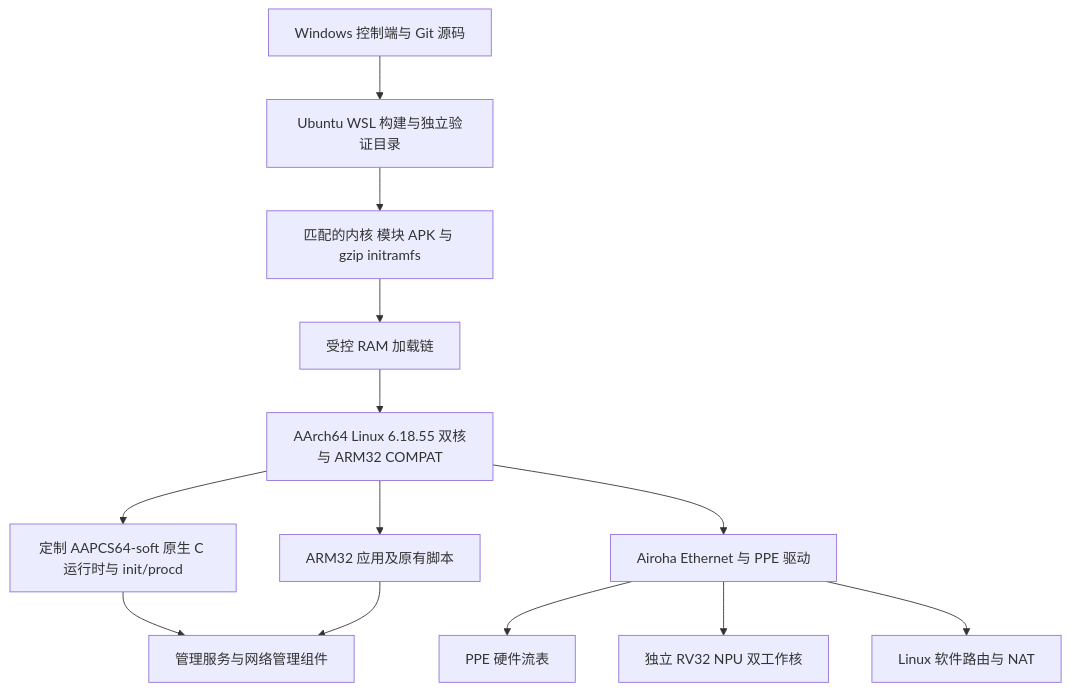
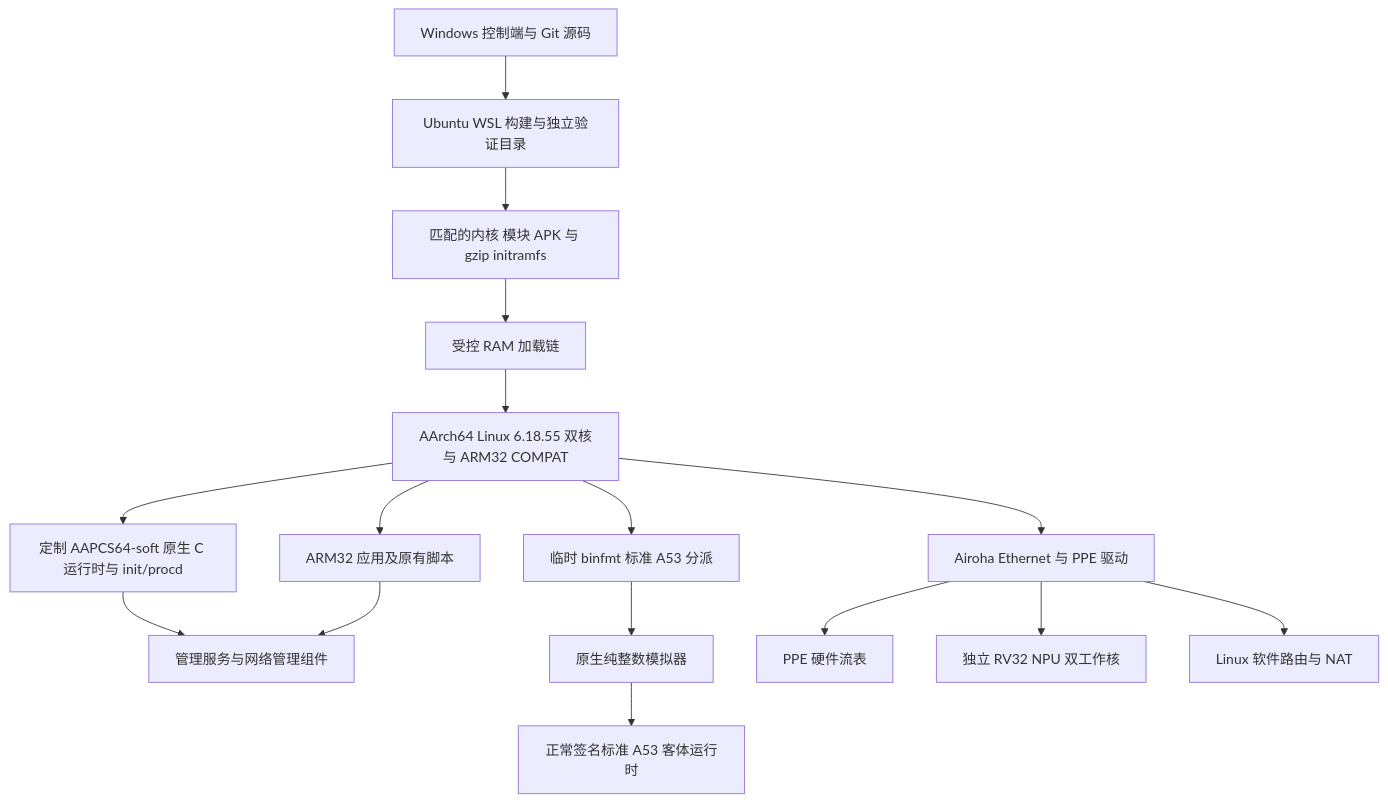
One commit to eviau512/OpenWrt-Tenda-BE6L-Pro changed the diagram in docs/ARCHITECTURE-AND-ROADMAP.md. Above: the diagram before and after it, drawn with Mermaid. The commit also changed other lines of this file and 11 other files, not shown here.

````diff
--- a/docs/ARCHITECTURE-AND-ROADMAP.md
+++ b/docs/ARCHITECTURE-AND-ROADMAP.md
@@ -8,15 +8,18 @@
 ```mermaid
 flowchart TD
     W[Windows 控制端与 Git 源码] --> B[Ubuntu WSL 构建与独立验证目录]
     B --> I[匹配的内核 模块 APK 与 gzip initramfs]
     I --> L[受控 RAM 加载链]
     L --> K[AArch64 Linux 6.18.55 双核与 ARM32 COMPAT]
     K --> N[定制 AAPCS64-soft 原生 C 运行时与 init/procd]
     K --> A[ARM32 应用及原有脚本]
+    K --> E[临时 binfmt 标准 A53 分派]
+    E --> Q[原生纯整数模拟器]
+    Q --> G[正常签名标准 A53 客体运行时]
     K --> D[Airoha Ethernet 与 PPE 驱动]
     D --> P[PPE 硬件流表]
     D --> R[独立 RV32 NPU 双工作核]
     N --> U[管理服务与网络管理组件]
     A --> U
     D --> S[Linux 软件路由与 NAT]
 ```
````
